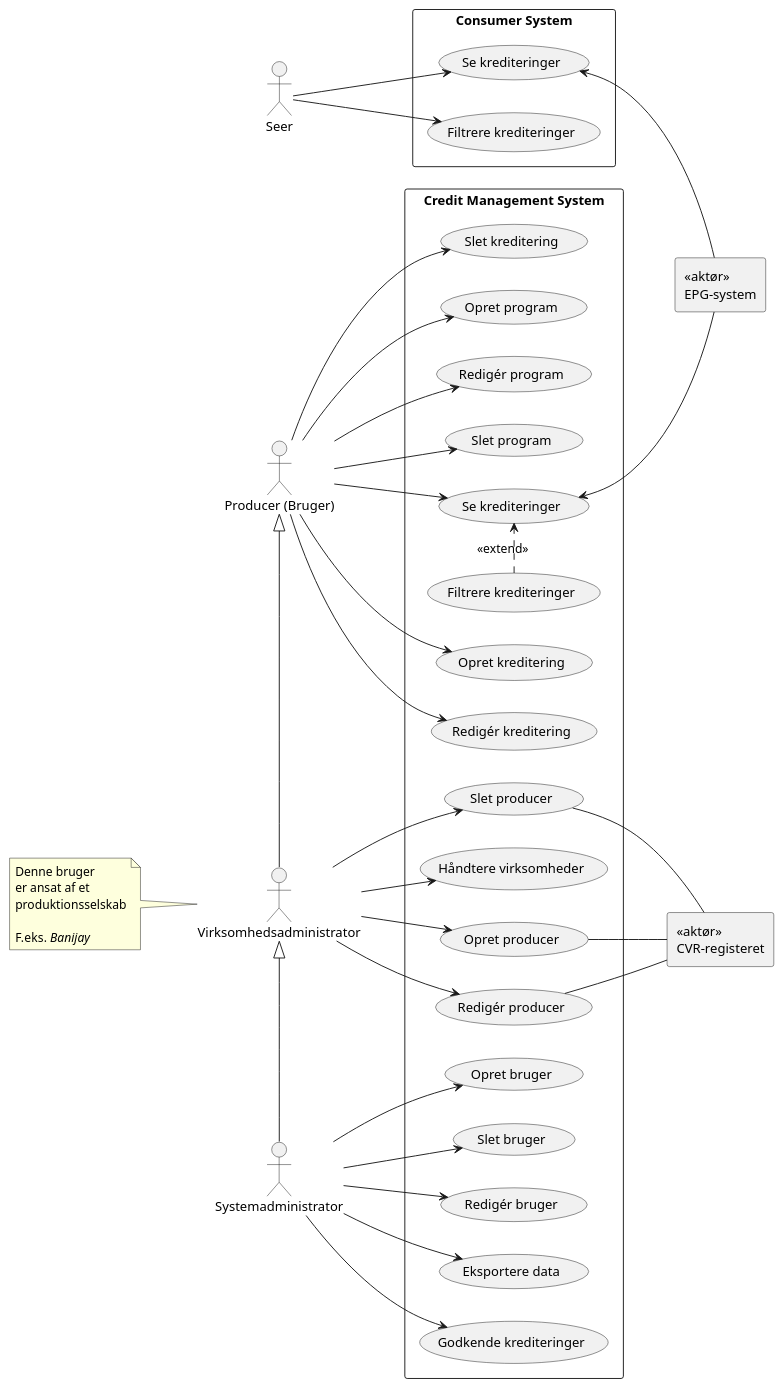
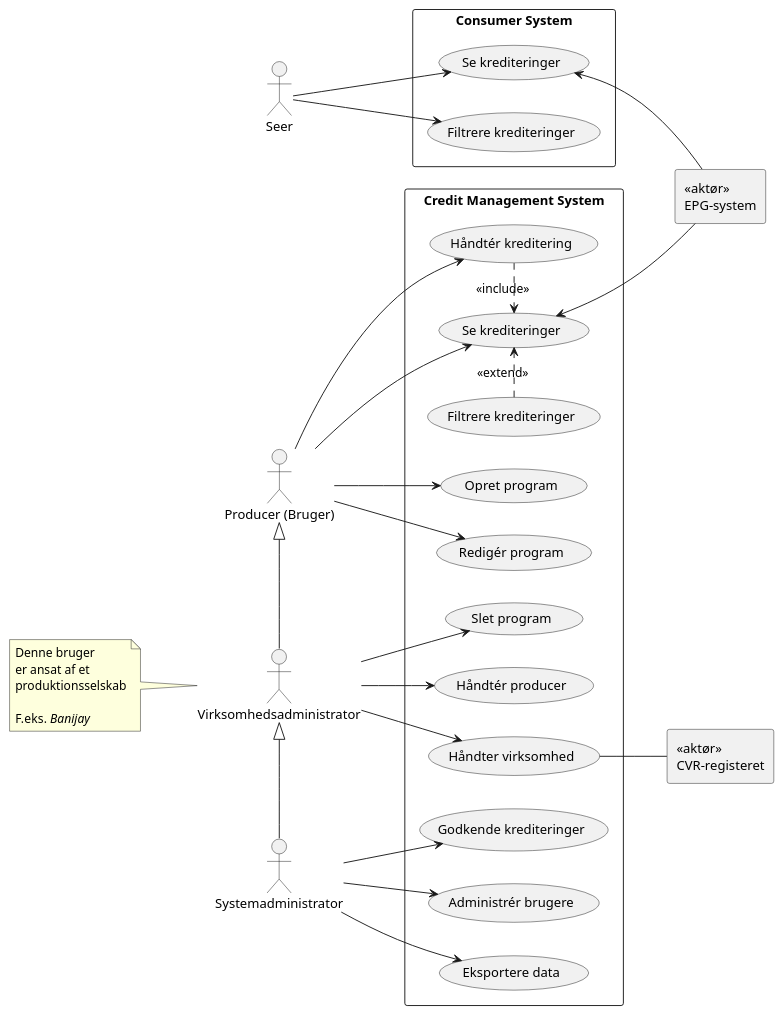
One commit to amatzen/SE02-SE-G02-SPRO changed the diagram in uml/use_case/use_case_extended.puml. Above: the diagram before and after it, drawn with PlantUML.

Commit message:
Updated extended use case diagram

```diff
--- a/uml/use_case/use_case_extended.puml
+++ b/uml/use_case/use_case_extended.puml
@@ -1,98 +1,83 @@
 @startuml
 'https://plantuml.com/use-case-diagram
 left to right direction
 
 actor "Producer (Bruger)" as producer
 actor Systemadministrator as administrator
 actor Seer as seer
 
 actor Virksomhedsadministrator as virksomhedsadministrator
 note left of virksomhedsadministrator
     Denne bruger
     er ansat af et
     produktionsselskab
 
     F.eks. //Banijay//
 end note
 
 rectangle "<<aktør>>\nEPG-system" as epg
 rectangle "<<aktør>>\nCVR-registeret" as cvr
 
 rectangle "Consumer System" {
     usecase "Se krediteringer" as (CS:Se krediteringer)
     usecase "Filtrere krediteringer" as (CS:Filtrere krediteringer)
 }
 
 rectangle "Credit Management System" {
     'Krediteringer
     usecase "Se krediteringer" as (Se krediteringer)
     usecase "Filtrere krediteringer" as (Filtrere krediteringer)
     usecase "Godkende krediteringer" as (Godkende krediteringer)
-    usecase "Opret kreditering" as (Opret kreditering)
-    usecase "Redigér kreditering" as (Rediger kreditering)
-    usecase "Slet kreditering" as (Slet kreditering)
+    usecase "Håndtér kreditering" as (Håndter kreditering)
 
     'Programmer
     usecase "Opret program" as (Opret program)
     usecase "Redigér program" as (Rediger program)
     usecase "Slet program" as (Slet program)
 
     'Brugere
-    usecase "Opret bruger" as (Opret bruger)
-    usecase "Slet bruger" as (Slet bruger)
-    usecase "Redigér bruger" as (Rediger bruger)
+    usecase "Administrér brugere" as (Administrer brugere)
 
-    usecase "Opret producer" as (Opret producer)
-    usecase "Redigér producer" as (Rediger producer)
-    usecase "Slet producer" as (Slet producer)
+    usecase "Håndtér producer" as (Håndter producer)
 
-
-    usecase "Håndtere virksomheder" as (Håndtere virksomheder)
+    usecase "Håndter virksomhed" as (Håndter virksomhed)
 
     usecase "Eksportere data" as (Eksportere data)
 }
 
+(Håndter kreditering) .> (Se krediteringer) : <<include>>
 (Filtrere krediteringer) .> (Se krediteringer) : <<extend>>
 
 'Seer
 seer --> (CS:Se krediteringer)
 seer --> (CS:Filtrere krediteringer)
 
 'Producer
 producer --> (Se krediteringer)
-producer --> (Opret kreditering)
-producer --> (Rediger kreditering)
-producer --> (Slet kreditering)
+producer --> (Håndter kreditering)
 
 producer --> (Opret program)
 producer --> (Rediger program)
-producer --> (Slet program)
 
 'Virksomhedsadministrator
-virksomhedsadministrator --> (Opret producer)
-virksomhedsadministrator --> (Rediger producer)
-virksomhedsadministrator --> (Slet producer)
-
-virksomhedsadministrator --> (Håndtere virksomheder)
+virksomhedsadministrator --> (Håndter producer)
+virksomhedsadministrator --> (Håndter virksomhed)
+virksomhedsadministrator --> (Slet program)
 
 'EPG
 (Se krediteringer) <-- epg
 (CS:Se krediteringer) <-- epg
 
 'CVR
-(Opret producer) -- cvr
-(Slet producer) -- cvr
-(Rediger producer) -- cvr
+(Håndter virksomhed) -- cvr
 
 'Systemadministrator
 administrator --> (Eksportere data)
 administrator --> (Godkende krediteringer)
-administrator --> (Opret bruger)
-administrator --> (Rediger bruger)
-administrator --> (Slet bruger)
+administrator --> (Administrer brugere)
 
 'Generalisering
 virksomhedsadministrator -l-|> producer
 administrator -l-|> virksomhedsadministrator
 
 @enduml
```
